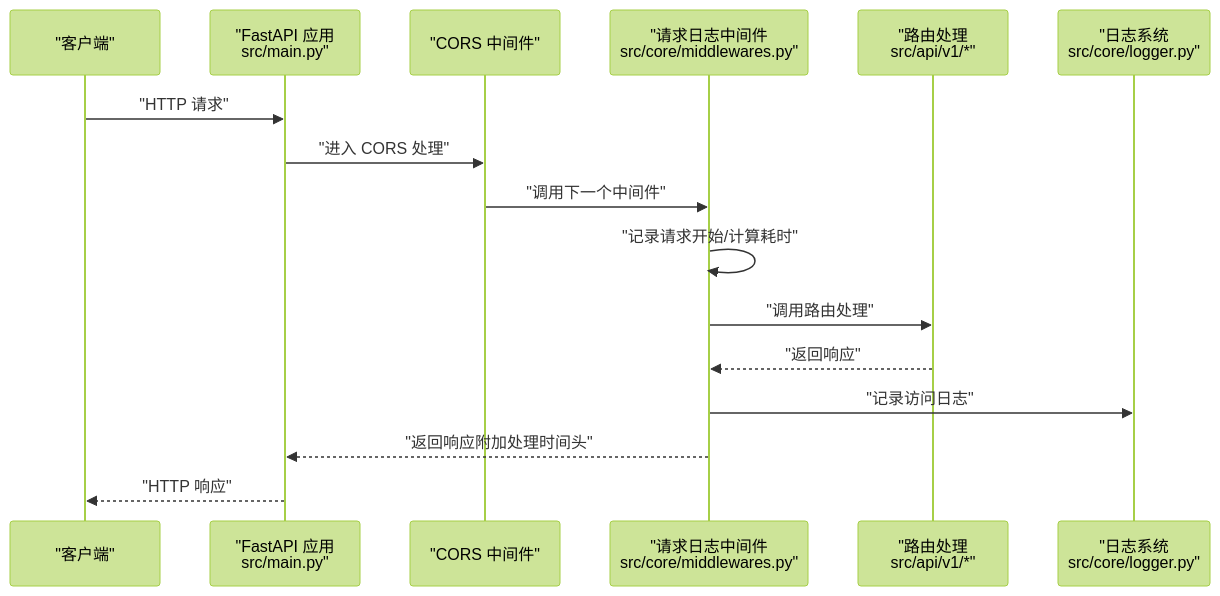
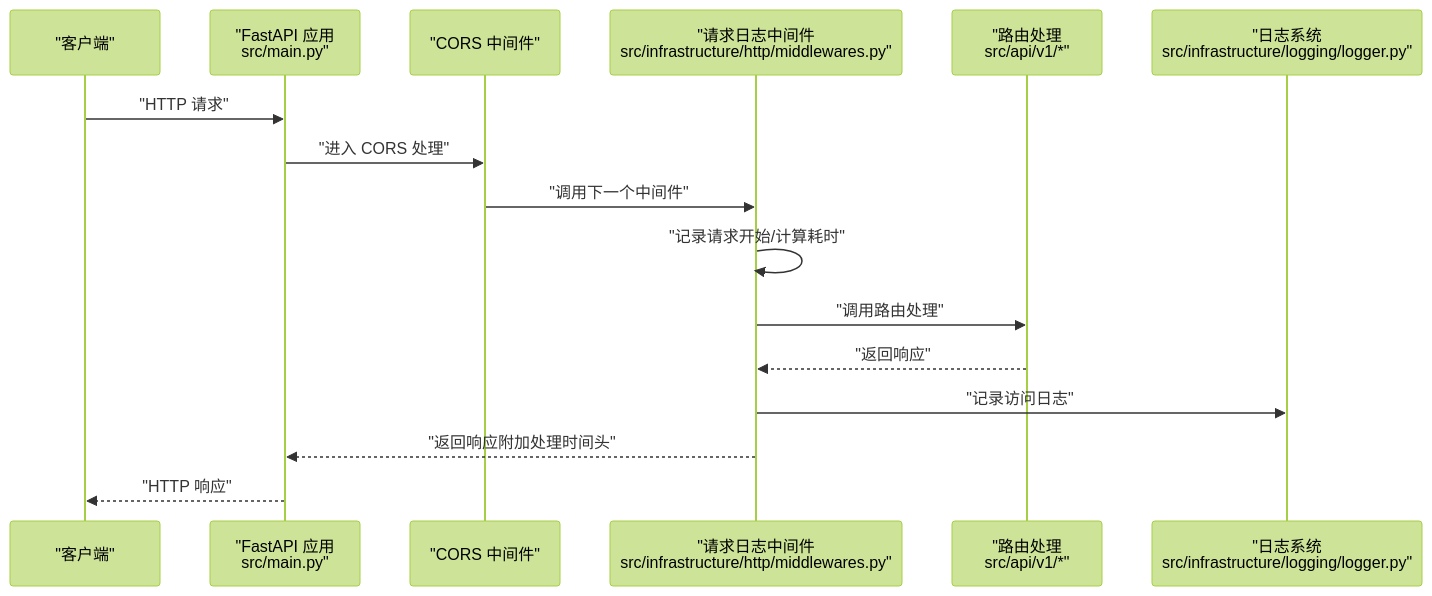
The second of 4 diagrams in .qoder/repowiki/zh/content/核心模块/中间件系统.md (taoweidong/Hello-FastApi), drawn with Mermaid (forest theme) before and after one commit. The commit also changed other lines of this file and 22 other files, not shown here.

````diff
--- a/.qoder/repowiki/zh/content/核心模块/中间件系统.md
+++ b/.qoder/repowiki/zh/content/核心模块/中间件系统.md
@@ -75,18 +84,18 @@
 ```mermaid
 sequenceDiagram
 participant Client as "客户端"
 participant App as "FastAPI 应用<br/>src/main.py"
 participant CORS as "CORS 中间件"
-participant LogMW as "请求日志中间件<br/>src/core/middlewares.py"
+participant LogMW as "请求日志中间件<br/>src/infrastructure/http/middlewares.py"
 participant Router as "路由处理<br/>src/api/v1/*"
-participant Logger as "日志系统<br/>src/core/logger.py"
+participant Logger as "日志系统<br/>src/infrastructure/logging/logger.py"
 Client->>App : "HTTP 请求"
 App->>CORS : "进入 CORS 处理"
 CORS->>LogMW : "调用下一个中间件"
 LogMW->>LogMW : "记录请求开始/计算耗时"
 LogMW->>Router : "调用路由处理"
 Router-->>LogMW : "返回响应"
 LogMW->>Logger : "记录访问日志"
 LogMW-->>App : "返回响应附加处理时间头"
 App-->>Client : "HTTP 响应"
 ```
````
